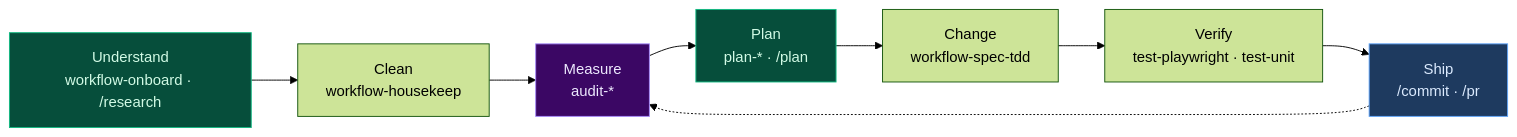
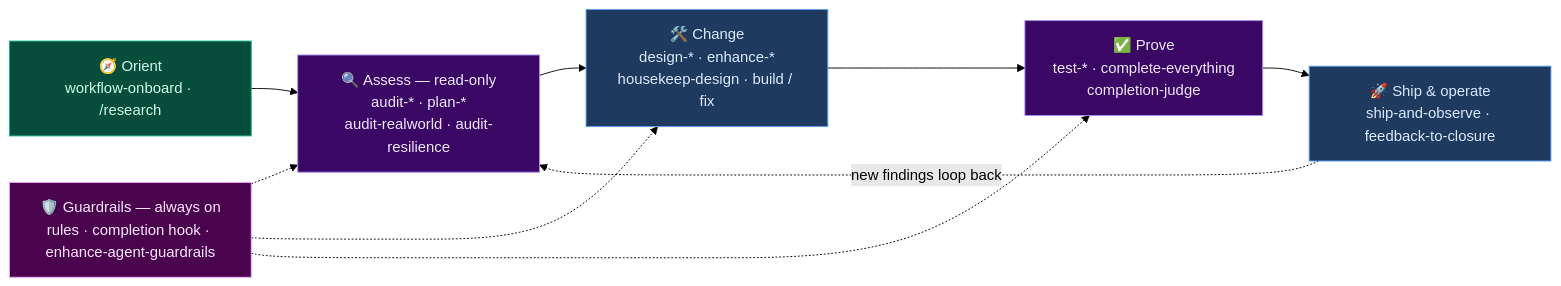
Before and after one commit to kensaurus/cursor-kenji: the diagram in README.md, drawn with Mermaid (forest theme). The commit also changed other lines of this file and 15 other files, not shown here.

First line of the commit message:
feat(skills): design/motion/forms/resilience/guardrails pack + README mental model (v1.8.0) (#2)

````diff
--- a/README.md
+++ b/README.md
@@ -160,15 +162,22 @@
 ```mermaid
 flowchart LR
-  U["Understand<br/>workflow-onboard · /research"] --> C["Clean<br/>workflow-housekeep"]
-  C --> M["Measure<br/>audit-*"]
-  M --> P["Plan<br/>plan-* · /plan"]
-  P --> CH["Change<br/>workflow-spec-tdd"]
-  CH --> V["Verify<br/>test-playwright · test-unit"]
-  V --> S["Ship<br/>/commit · /pr"]
-  S -.-> M
+  O["🧭 Orient<br/>workflow-onboard · /research"]
+  A["🔍 Assess — read-only<br/>audit-* · plan-*<br/>audit-realworld · audit-resilience"]
+  C["🛠️ Change<br/>design-* · enhance-*<br/>housekeep-design · build / fix"]
+  P["✅ Prove<br/>test-* · complete-everything<br/>completion-judge"]
+  S["🚀 Ship & operate<br/>ship-and-observe · feedback-to-closure"]
+  G["🛡️ Guardrails — always on<br/>rules · completion hook · enhance-agent-guardrails"]
 
-  style U fill:#064e3b,stroke:#10b981,color:#d1fae5
-  style M fill:#3b0764,stroke:#a78bfa,color:#ede9fe
-  style P fill:#064e3b,stroke:#10b981,color:#d1fae5
+  O --> A --> C --> P --> S
+  S -. "new findings loop back" .-> A
+  G -.-> A
+  G -.-> C
+  G -.-> P
+
+  style O fill:#064e3b,stroke:#10b981,color:#d1fae5
+  style A fill:#3b0764,stroke:#a78bfa,color:#ede9fe
+  style C fill:#1e3a5f,stroke:#60a5fa,color:#dbeafe
+  style P fill:#3b0764,stroke:#a78bfa,color:#ede9fe
   style S fill:#1e3a5f,stroke:#60a5fa,color:#dbeafe
+  style G fill:#4a044e,stroke:#f0abfc,color:#fae8ff
 ```
````
